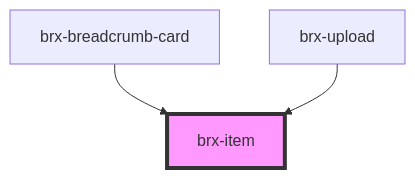
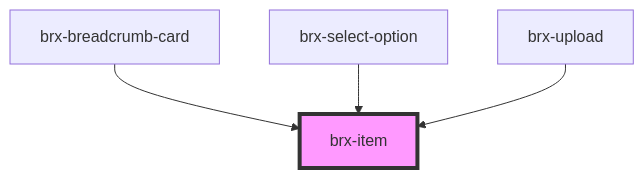
One commit to copperui/copperui changed the diagram in packages/core/src/components/brx-item/readme.md. Above: the diagram before and after it, drawn with Mermaid. The commit also changed other lines of this file and 11 other files, not shown here.

````diff
--- a/packages/core/src/components/brx-item/readme.md
+++ b/packages/core/src/components/brx-item/readme.md
@@ -24,6 +25,7 @@
 ```mermaid
 graph TD;
   brx-breadcrumb-card --> brx-item
+  brx-select-option --> brx-item
   brx-upload --> brx-item
   style brx-item fill:#f9f,stroke:#333,stroke-width:4px
 ```
````
